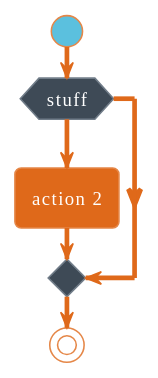
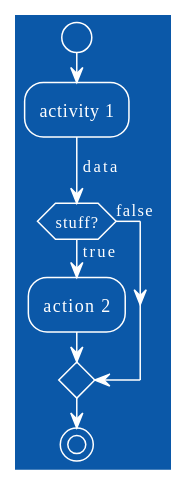
Before and after one commit to erikatudisco/programming_formalism: the fourth of 4 diagrams in notes_paradigms.md, drawn with PlantUML. The commit also changed other lines of this file, not shown here.

Commit message:
more uml, risk asesment and stuff

````diff
--- a/notes_paradigms.md
+++ b/notes_paradigms.md
@@ -81,11 +87,13 @@
 ```plantuml
 @startuml
-!theme superhero
+!theme amiga
 start
-if (stuff) then (true) 
+:activity 1;
+-> data;
+if (stuff?) then (true) 
    :action 2;
+else(false)
 endif
-
 stop
 @enduml
 ```
````
